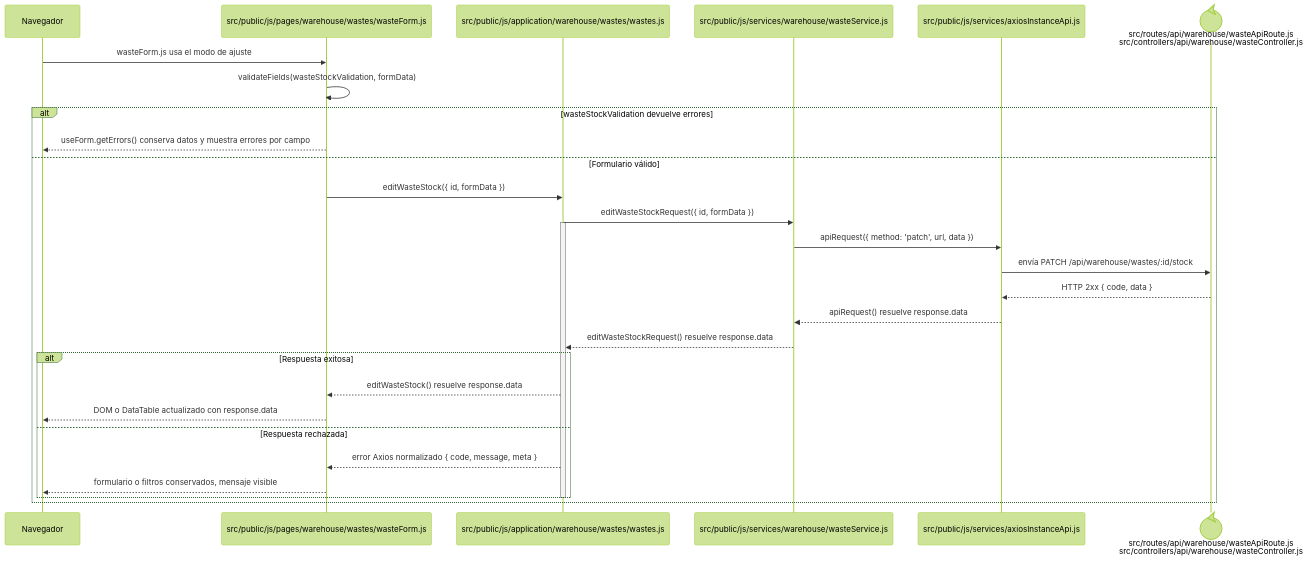
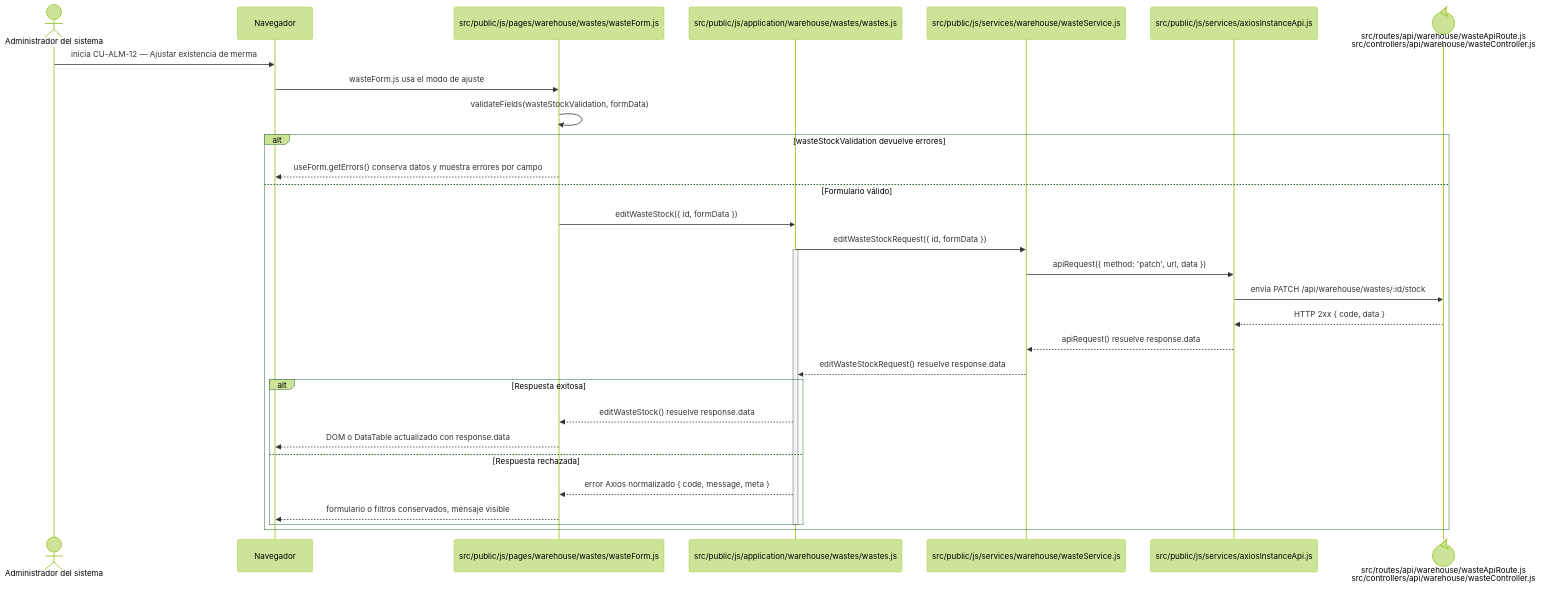
Before and after one commit to gpgsistemas01/nexus: the diagram in docs/architecture/frontend-code-sequences/catalogs/cu-alm-12.md, drawn with Mermaid (forest theme). The commit also changed 105 other files, not shown here.

````diff
--- a/docs/architecture/frontend-code-sequences/catalogs/cu-alm-12.md
+++ b/docs/architecture/frontend-code-sequences/catalogs/cu-alm-12.md
@@ -6,32 +6,34 @@
 ```mermaid
 sequenceDiagram
+    actor Initiator as Administrador del sistema
     participant Browser as Navegador
     participant View as src/public/js/pages/warehouse/wastes/wasteForm.js
     participant Application as src/public/js/application/warehouse/wastes/wastes.js
     participant Request as src/public/js/services/warehouse/wasteService.js
     participant HTTP as src/public/js/services/axiosInstanceApi.js
     participant Transport@{ "type": "control" } as src/routes/api/warehouse/wasteApiRoute.js<br/>src/controllers/api/warehouse/wasteController.js
 
+    Initiator->>Browser: inicia CU-ALM-12 — Ajustar existencia de merma
     Browser->>View: wasteForm.js usa el modo de ajuste
     View->>View: validateFields(wasteStockValidation, formData)
     alt wasteStockValidation devuelve errores
         View-->>Browser: useForm.getErrors() conserva datos y muestra errores por campo
     else Formulario válido
         View->>Application: editWasteStock({ id, formData })
         Application->>Request: editWasteStockRequest({ id, formData })
         activate Application
         Request->>HTTP: apiRequest({ method: 'patch', url, data })
         HTTP->>Transport: envía PATCH /api/warehouse/wastes/:id/stock
         Transport-->>HTTP: HTTP 2xx { code, data }
         HTTP-->>Request: apiRequest() resuelve response.data
         Request-->>Application: editWasteStockRequest() resuelve response.data
         alt Respuesta exitosa
             Application-->>View: editWasteStock() resuelve response.data
             View-->>Browser: DOM o DataTable actualizado con response.data
         else Respuesta rechazada
             Application-->>View: error Axios normalizado { code, message, meta }
             View-->>Browser: formulario o filtros conservados, mensaje visible
         end
         deactivate Application
     end
 ```
````
